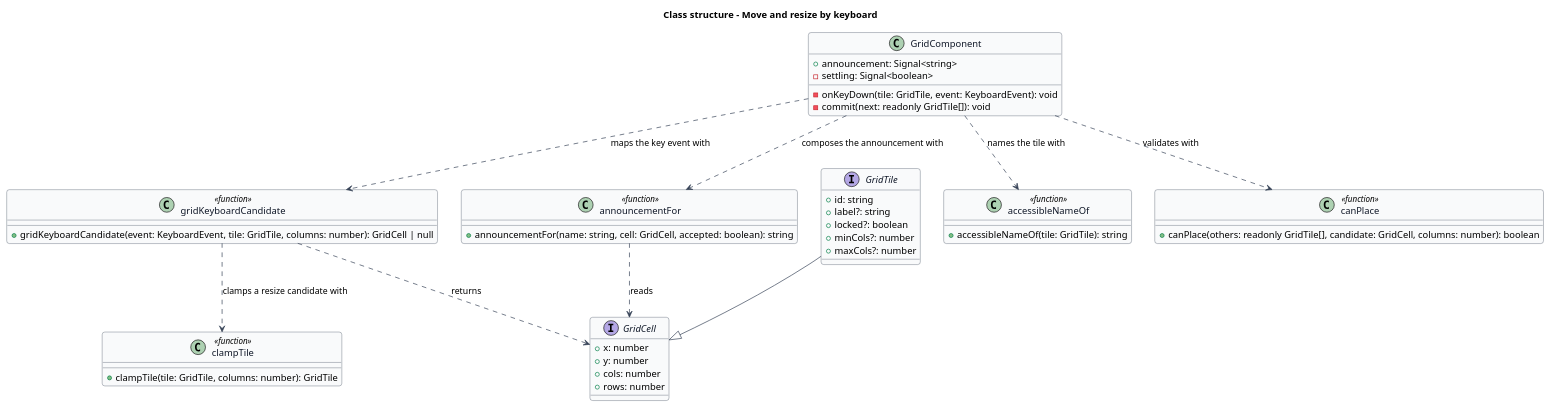
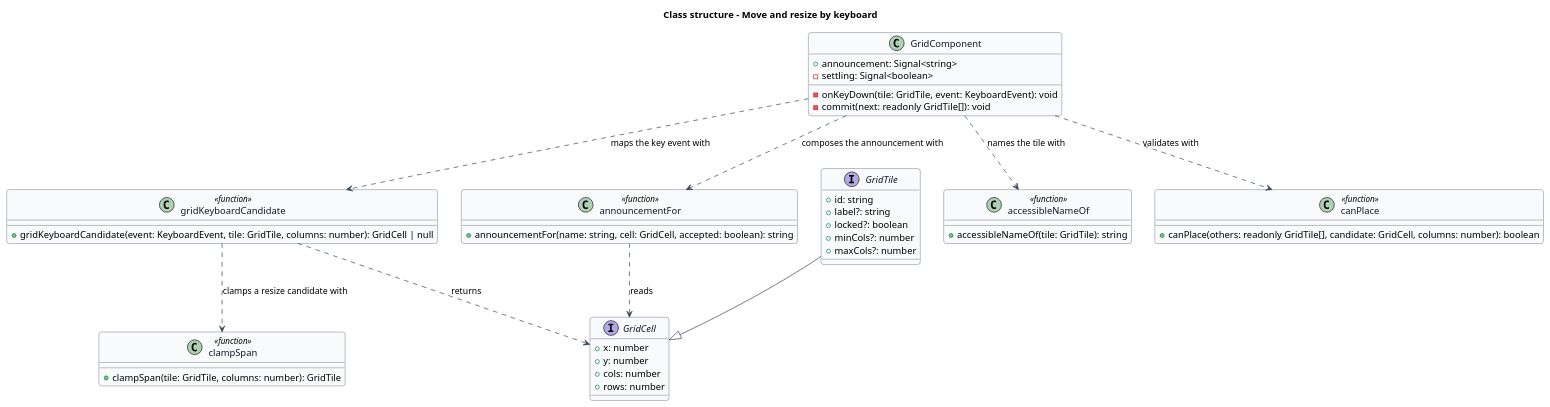
Before and after one commit to QuinntyneBrown/qbc-grid: the diagram in docs/detailed-designs/tile-interaction/move-and-resize-by-keyboard/diagrams/class-structure.puml, drawn with PlantUML. The commit also changed 19 other files, not shown here.

```diff
--- a/docs/detailed-designs/tile-interaction/move-and-resize-by-keyboard/diagrams/class-structure.puml
+++ b/docs/detailed-designs/tile-interaction/move-and-resize-by-keyboard/diagrams/class-structure.puml
@@ -1,66 +1,66 @@
 @startuml
 ' --- shared skin header ---
 skinparam backgroundColor #FFFFFF
 skinparam shadowing false
 skinparam roundcorner 8
 skinparam defaultFontName Arial
 skinparam ArrowColor #344054
 skinparam class {
   BorderColor #344054
   FontColor #101828
   BackgroundColor #F9FAFB
 }
 ' --------------------------
 title Class structure - Move and resize by keyboard
 
 interface GridCell {
   +x: number
   +y: number
   +cols: number
   +rows: number
 }
 
 interface GridTile {
   +id: string
   +label?: string
   +locked?: boolean
   +minCols?: number
   +maxCols?: number
 }
 
 class GridComponent {
   +announcement: Signal<string>
   -settling: Signal<boolean>
   -onKeyDown(tile: GridTile, event: KeyboardEvent): void
   -commit(next: readonly GridTile[]): void
 }
 
 class gridKeyboardCandidate <<function>> {
   +gridKeyboardCandidate(event: KeyboardEvent, tile: GridTile, columns: number): GridCell | null
 }
 
 class accessibleNameOf <<function>> {
   +accessibleNameOf(tile: GridTile): string
 }
 
 class announcementFor <<function>> {
   +announcementFor(name: string, cell: GridCell, accepted: boolean): string
 }
 
-class clampTile <<function>> {
-  +clampTile(tile: GridTile, columns: number): GridTile
+class clampSpan <<function>> {
+  +clampSpan(tile: GridTile, columns: number): GridTile
 }
 
 class canPlace <<function>> {
   +canPlace(others: readonly GridTile[], candidate: GridCell, columns: number): boolean
 }
 
 GridTile --|> GridCell
 GridComponent ..> gridKeyboardCandidate : maps the key event with
 GridComponent ..> canPlace : validates with
 GridComponent ..> accessibleNameOf : names the tile with
 GridComponent ..> announcementFor : composes the announcement with
-gridKeyboardCandidate ..> clampTile : clamps a resize candidate with
+gridKeyboardCandidate ..> clampSpan : clamps a resize candidate with
 gridKeyboardCandidate ..> GridCell : returns
 announcementFor ..> GridCell : reads
 @enduml
```
